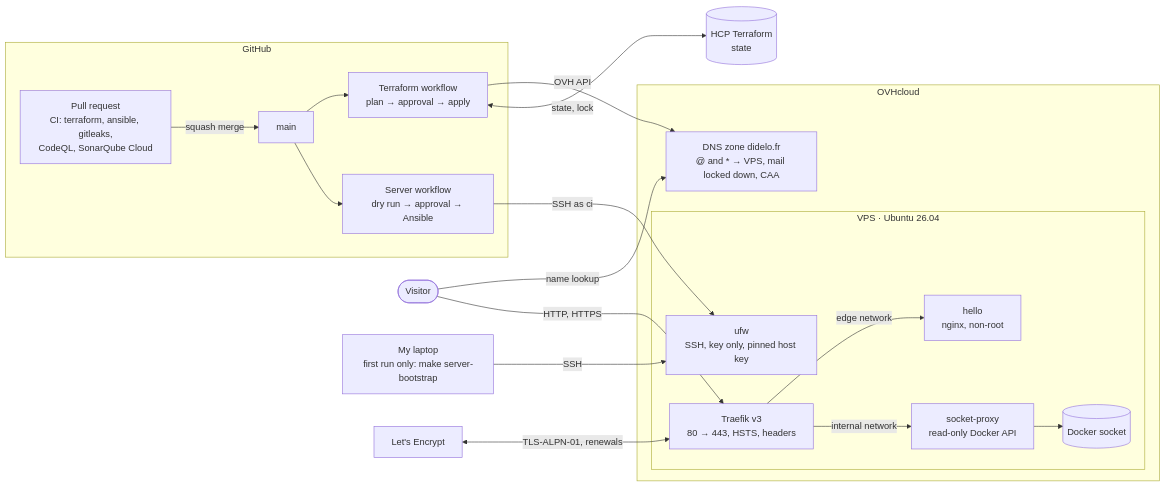
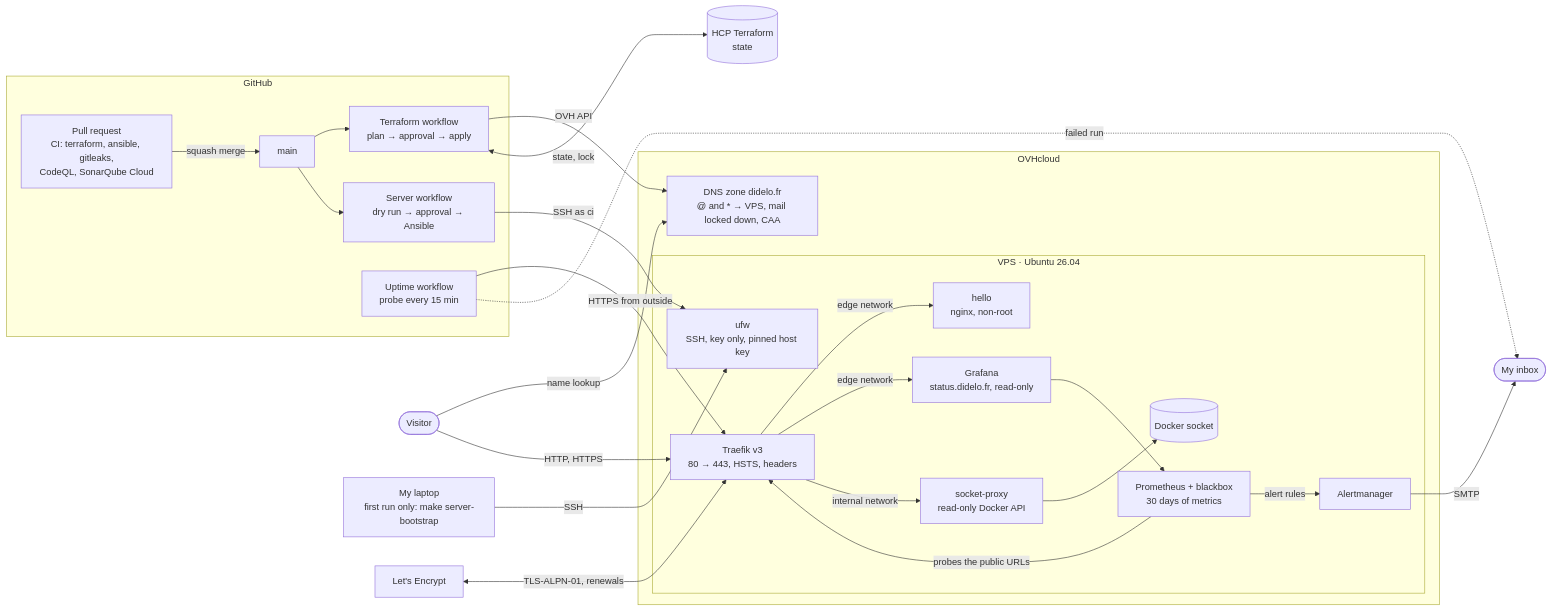
The diagram in README.md (Didelo-lilian/infra), drawn with Mermaid before and after one commit. The commit also changed other lines of this file and 15 other files, not shown here.

Commit message:
feat(monitoring): monitor the platform with prometheus and grafana

````diff
--- a/README.md
+++ b/README.md
@@ -26,37 +26,49 @@
 ```mermaid
 flowchart LR
   visitor([Visitor])
   laptop["My laptop<br/>first run only: make server-bootstrap"]
   le["Let's Encrypt"]
 
   subgraph ovh["OVHcloud"]
     dns["DNS zone didelo.fr<br/>@ and * → VPS, mail locked down, CAA"]
     subgraph vps["VPS · Ubuntu 26.04"]
       ufw["ufw<br/>SSH, key only, pinned host key"]
       traefik["Traefik v3<br/>80 → 443, HSTS, headers"]
       proxy["socket-proxy<br/>read-only Docker API"]
       sock[("Docker socket")]
       hello["hello<br/>nginx, non-root"]
+      graf["Grafana<br/>status.didelo.fr, read-only"]
+      prom["Prometheus + blackbox<br/>30 days of metrics"]
+      alert["Alertmanager"]
     end
   end
 
   subgraph gh["GitHub"]
     pr["Pull request<br/>CI: terraform, ansible, gitleaks,<br/>CodeQL, SonarQube Cloud"]
     main["main"]
     tfwf["Terraform workflow<br/>plan → approval → apply"]
     srvwf["Server workflow<br/>dry run → approval → Ansible"]
+    uptime["Uptime workflow<br/>probe every 15 min"]
   end
   hcp[("HCP Terraform<br/>state")]
+  inbox(["My inbox"])
 
   visitor -->|"name lookup"| dns
   visitor -->|"HTTP, HTTPS"| traefik
   traefik -->|"edge network"| hello
+  traefik -->|"edge network"| graf
+  graf --> prom
+  prom -->|"probes the public URLs"| traefik
+  prom -->|"alert rules"| alert
+  alert -->|"SMTP"| inbox
+  uptime -->|"HTTPS from outside"| traefik
+  uptime -.->|"failed run"| inbox
   traefik -->|"internal network"| proxy --> sock
   le <-->|"TLS-ALPN-01, renewals"| traefik
   laptop -->|"SSH"| ufw
   pr -->|"squash merge"| main --> tfwf
   main --> srvwf
   srvwf -->|"SSH as ci"| ufw
   tfwf -->|"OVH API"| dns
   tfwf <-->|"state, lock"| hcp
 ```
````
